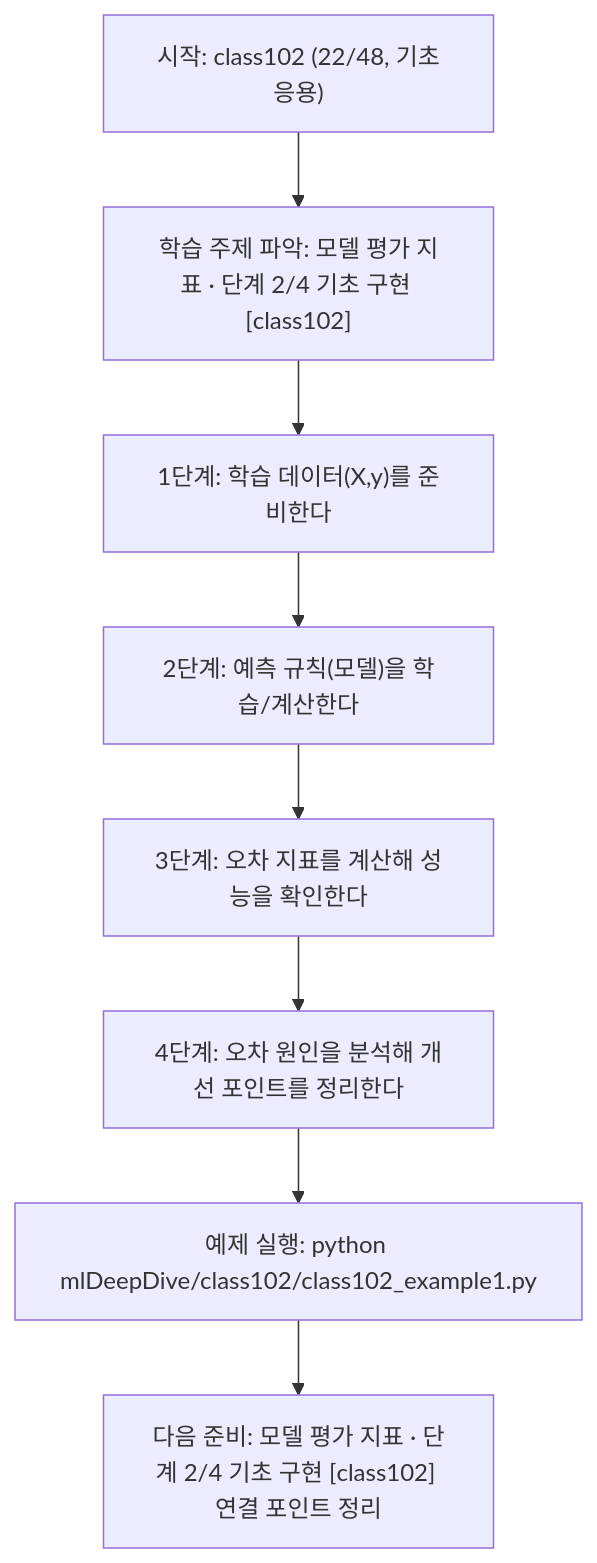
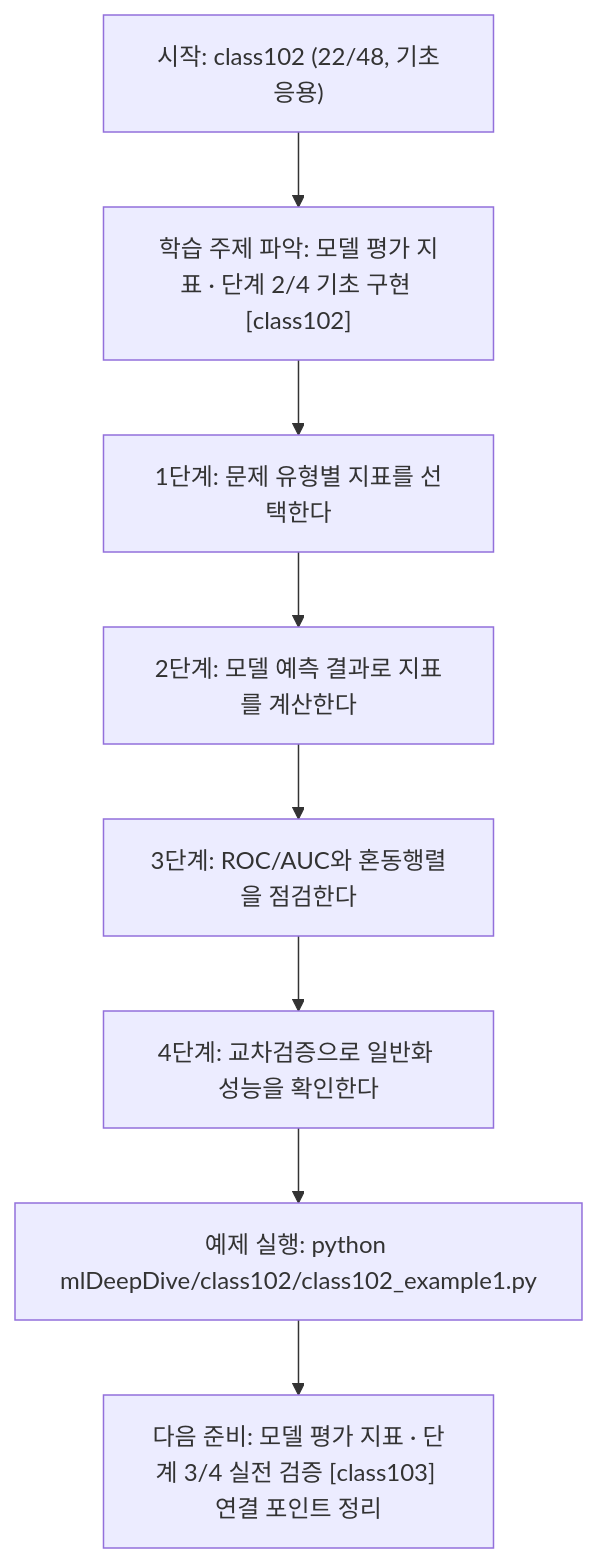
The diagram in mlDeepDive/class102/class102.md (edumgt/Python-AI_Agent-Class), drawn with Mermaid before and after one commit. The commit also changed other lines of this file and 338 other files, not shown here.

````diff
--- a/mlDeepDive/class102/class102.md
+++ b/mlDeepDive/class102/class102.md
@@ -110,18 +91,18 @@
 ```mermaid
 flowchart TD
 N1["시작: class102 (22/48, 기초응용)"]
 N2["학습 주제 파악: 모델 평가 지표 · 단계 2/4 기초 구현 [class102]"]
-N3["1단계: 학습 데이터(X,y)를 준비한다"]
-N4["2단계: 예측 규칙(모델)을 학습/계산한다"]
-N5["3단계: 오차 지표를 계산해 성능을 확인한다"]
-N6["4단계: 오차 원인을 분석해 개선 포인트를 정리한다"]
+N3["1단계: 문제 유형별 지표를 선택한다"]
+N4["2단계: 모델 예측 결과로 지표를 계산한다"]
+N5["3단계: ROC/AUC와 혼동행렬을 점검한다"]
+N6["4단계: 교차검증으로 일반화 성능을 확인한다"]
 N7["예제 실행: python mlDeepDive/class102/class102_example1.py"]
-N8["다음 준비: 모델 평가 지표 · 단계 2/4 기초 구현 [class102] 연결 포인트 정리"]
+N8["다음 준비: 모델 평가 지표 · 단계 3/4 실전 검증 [class103] 연결 포인트 정리"]
 N1 --> N2
 N2 --> N3
 N3 --> N4
 N4 --> N5
 N5 --> N6
 N6 --> N7
 N7 --> N8
 ```
````
